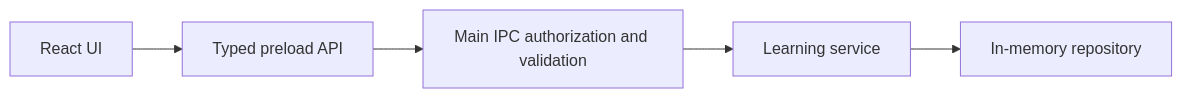
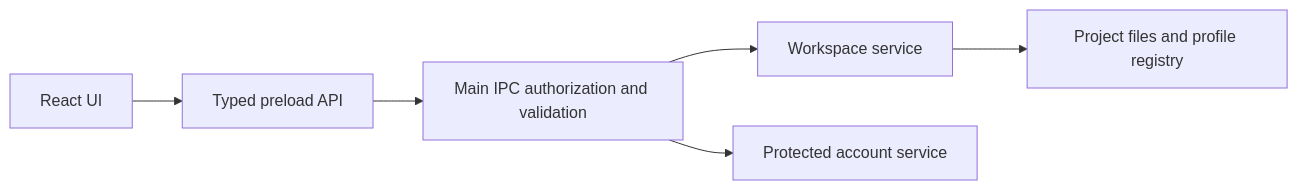
The diagram in README.md (DominikGorecki/learn-harness), drawn with Mermaid before and after one commit. The commit also changed other lines of this file and 38 other files, not shown here.

Commit message:
t02: deliver responsive project workspace and native folder recovery

````diff
--- a/README.md
+++ b/README.md
@@ -88,7 +90,8 @@
 ```mermaid
 flowchart LR
   React[React UI] --> Preload[Typed preload API]
   Preload --> Main[Main IPC authorization and validation]
-  Main --> Service[Learning service]
-  Service --> Repository[In-memory repository]
+  Main --> Service[Workspace service]
+  Service --> Repository[Project files and profile registry]
+  Main --> Account[Protected account service]
 ```
````
